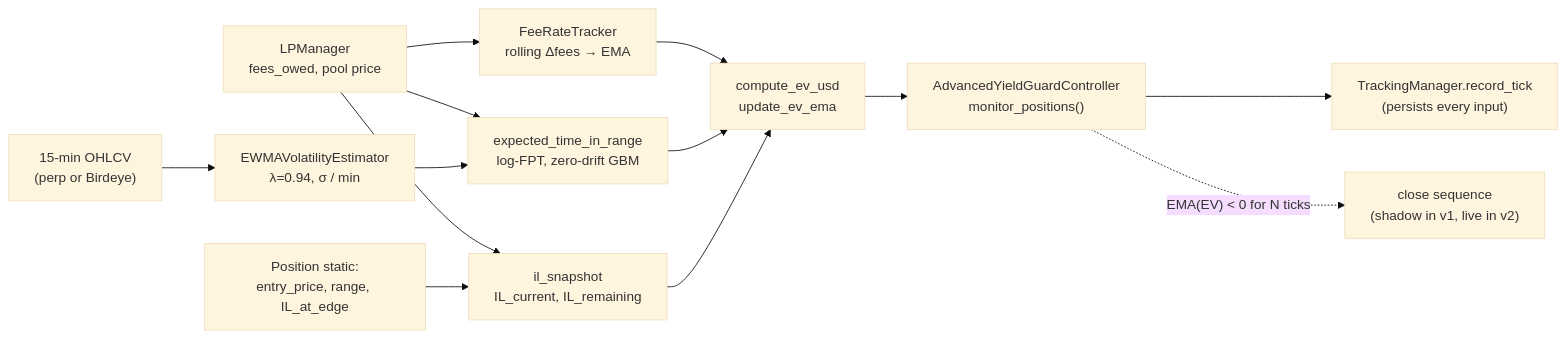
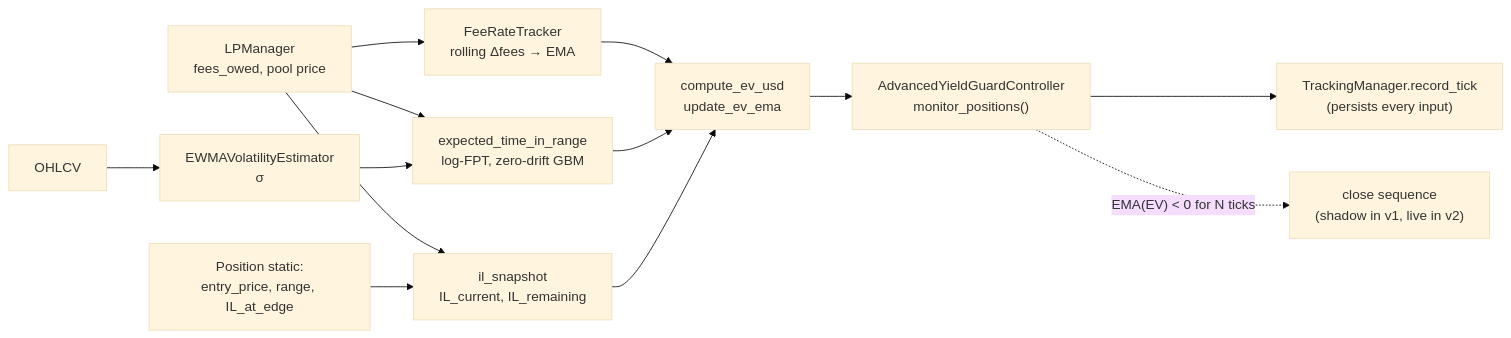
Before and after one commit to moratb/yield_guarden_showcase: the second of 3 diagrams in README.md, drawn with Mermaid (base theme). The commit also changed other lines of this file and 2 other files, not shown here.

````diff
--- a/README.md
+++ b/README.md
@@ -164,17 +166,17 @@
 ```mermaid
 graph LR
     LPMgr["LPManager<br/>fees_owed, pool price"] --> FeeRate["FeeRateTracker<br/>rolling Δfees → EMA"]
-    OHLCV["15-min OHLCV<br/>(perp or Birdeye)"] --> Vol["EWMAVolatilityEstimator<br/>λ=0.94, σ / min"]
+    OHLCV["OHLCV"] --> Vol["EWMAVolatilityEstimator<br/>σ"]
     LPMgr --> FPT["expected_time_in_range<br/>log-FPT, zero-drift GBM"]
     Vol --> FPT
     LPMgr --> IL["il_snapshot<br/>IL_current, IL_remaining"]
     PosEntry["Position static:<br/>entry_price, range, IL_at_edge"] --> IL
 
     FeeRate --> EV["compute_ev_usd<br/>update_ev_ema"]
     FPT --> EV
     IL --> EV
 
     EV --> Controller["AdvancedYieldGuardController<br/>monitor_positions()"]
     Controller --> Track["TrackingManager.record_tick<br/>(persists every input)"]
     Controller -.->|"EMA(EV) &lt; 0 for N ticks"| Close["close sequence<br/>(shadow in v1, live in v2)"]
 ```
````
